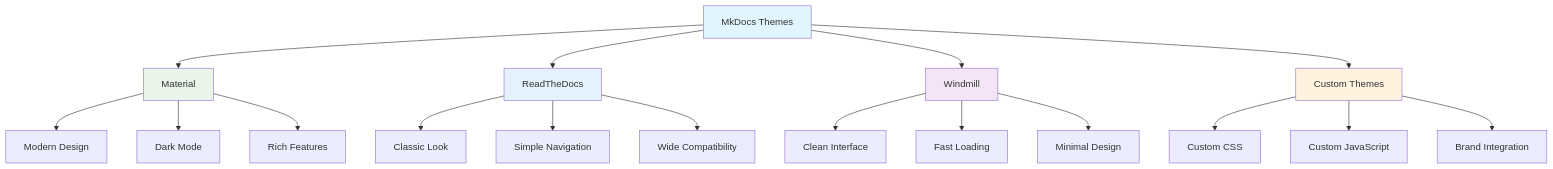
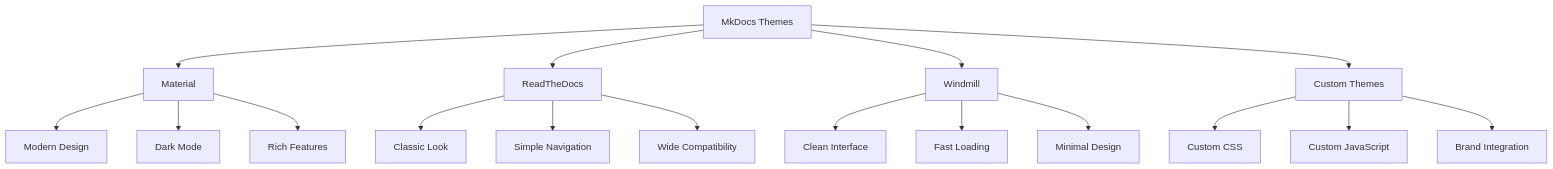
Diagram 11 of 14 in 00_python_colab/18_docstrings_mkdocs/readme.md (sayyamsheikh42/Python-Learning-Material), drawn with Mermaid before and after one commit. The commit also changed other lines of this file, not shown here.

````diff
--- a/00_python_colab/18_docstrings_mkdocs/readme.md
+++ b/00_python_colab/18_docstrings_mkdocs/readme.md
@@ -1664,29 +1607,23 @@
 ```mermaid
 graph TD
-    A["MkDocs Themes"] --> B["Material"]
-    A --> C["ReadTheDocs"]
-    A --> D["Windmill"]
-    A --> E["Custom Themes"]
+    A[MkDocs Themes] --> B[Material]
+    A --> C[ReadTheDocs]
+    A --> D[Windmill]
+    A --> E[Custom Themes]
     
-    B --> B1["Modern Design"]
-    B --> B2["Dark Mode"]
-    B --> B3["Rich Features"]
+    B --> B1[Modern Design]
+    B --> B2[Dark Mode]
+    B --> B3[Rich Features]
     
-    C --> C1["Classic Look"]
-    C --> C2["Simple Navigation"]
-    C --> C3["Wide Compatibility"]
+    C --> C1[Classic Look]
+    C --> C2[Simple Navigation]
+    C --> C3[Wide Compatibility]
     
-    D --> D1["Clean Interface"]
-    D --> D2["Fast Loading"]
-    D --> D3["Minimal Design"]
+    D --> D1[Clean Interface]
+    D --> D2[Fast Loading]
+    D --> D3[Minimal Design]
     
-    E --> E1["Custom CSS"]
-    E --> E2["Custom JavaScript"]
-    E --> E3["Brand Integration"]
-    
-    style A fill:#e1f5fe
-    style B fill:#e8f5e8
-    style C fill:#e3f2fd
-    style D fill:#f3e5f5
-    style E fill:#fff3e0
+    E --> E1[Custom CSS]
+    E --> E2[Custom JavaScript]
+    E --> E3[Brand Integration]
 ```
````
